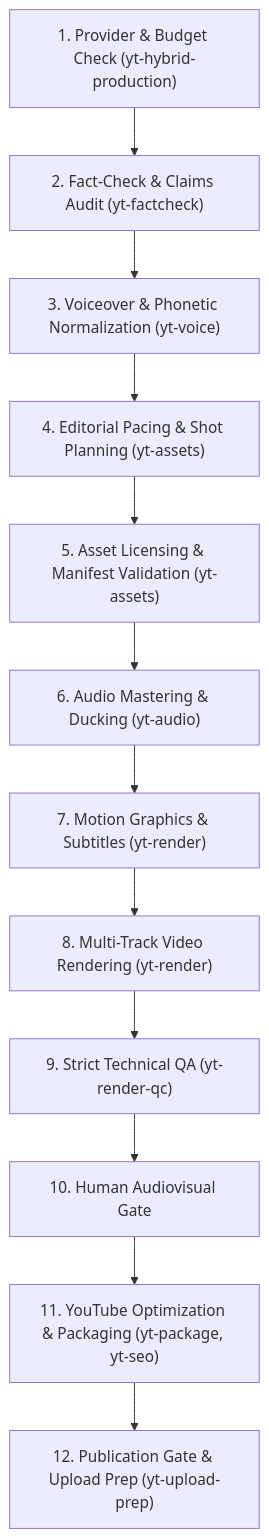
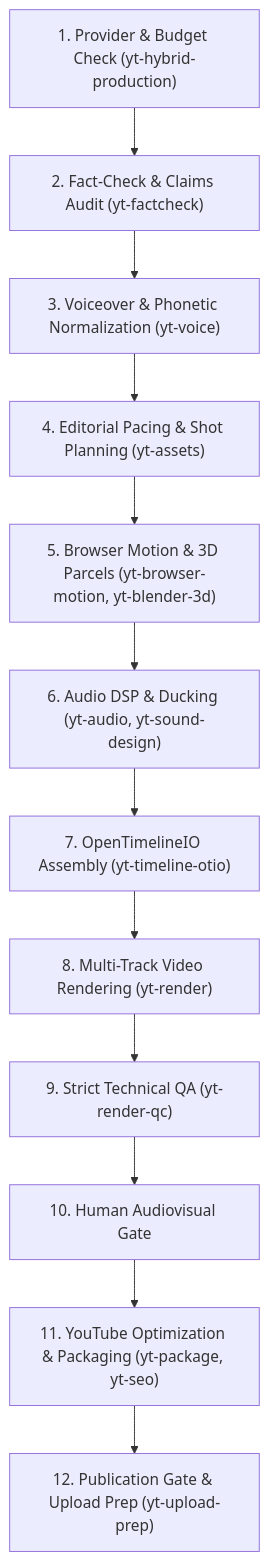
The diagram in chatgpt/skills/yt-studio/SKILL.md (islamically85-byte/youtube-agent-skill), drawn with Mermaid before and after one commit. The commit also changed other lines of this file and 48 other files, not shown here.

````diff
--- a/chatgpt/skills/yt-studio/SKILL.md
+++ b/chatgpt/skills/yt-studio/SKILL.md
@@ -12,14 +49,14 @@
 ```mermaid
 flowchart TD
     S1["1. Provider & Budget Check (yt-hybrid-production)"] --> S2["2. Fact-Check & Claims Audit (yt-factcheck)"]
     S2 --> S3["3. Voiceover & Phonetic Normalization (yt-voice)"]
     S3 --> S4["4. Editorial Pacing & Shot Planning (yt-assets)"]
-    S4 --> S5["5. Asset Licensing & Manifest Validation (yt-assets)"]
-    S5 --> S6["6. Audio Mastering & Ducking (yt-audio)"]
-    S6 --> S7["7. Motion Graphics & Subtitles (yt-render)"]
+    S4 --> S5["5. Browser Motion & 3D Parcels (yt-browser-motion, yt-blender-3d)"]
+    S5 --> S6["6. Audio DSP & Ducking (yt-audio, yt-sound-design)"]
+    S6 --> S7["7. OpenTimelineIO Assembly (yt-timeline-otio)"]
     S7 --> S8["8. Multi-Track Video Rendering (yt-render)"]
     S8 --> S9["9. Strict Technical QA (yt-render-qc)"]
     S9 --> S10["10. Human Audiovisual Gate"]
     S10 --> S11["11. YouTube Optimization & Packaging (yt-package, yt-seo)"]
     S11 --> S12["12. Publication Gate & Upload Prep (yt-upload-prep)"]
 ```
````
